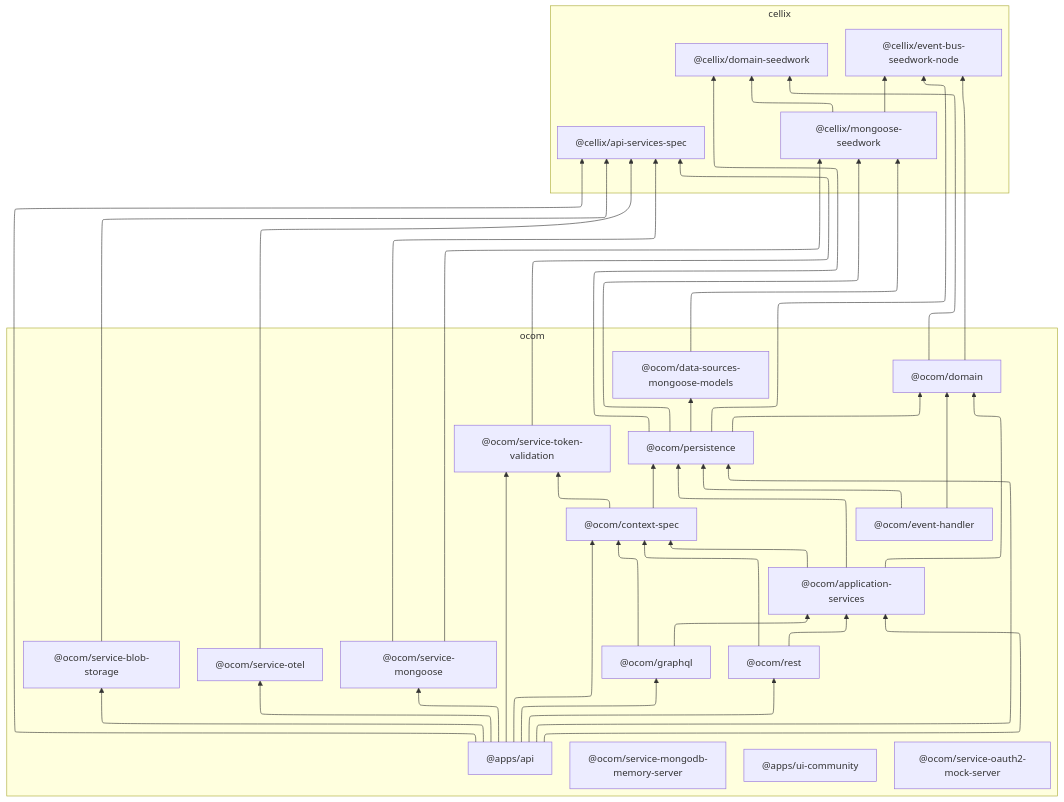
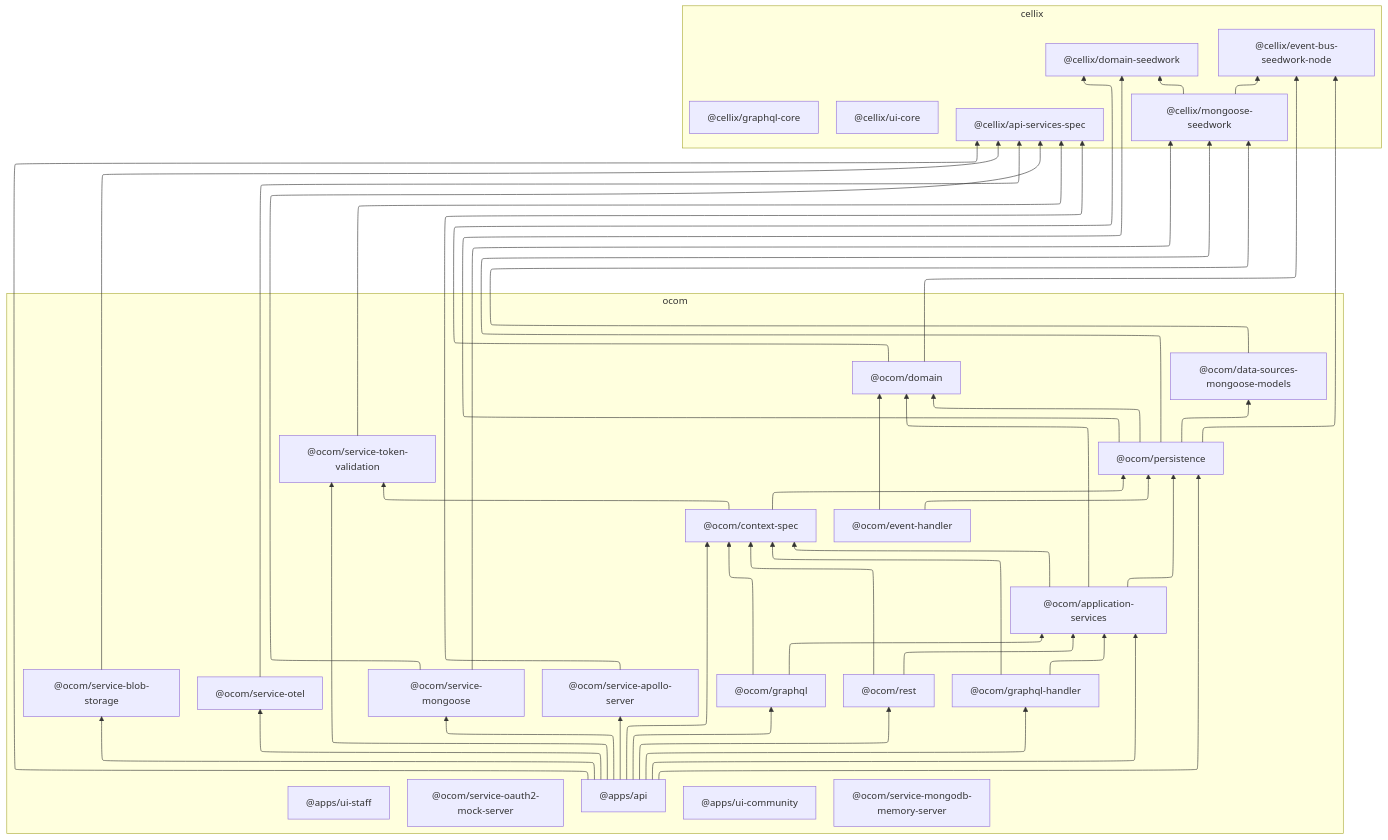
The diagram in readme.md (CellixJs/cellixjs), drawn with Mermaid before and after one commit. The commit also changed other lines of this file, not shown here.

Commit message:
docs(readme): update dependency graph to reflect current monorepo package structure (added graphql-handler, service-apollo-server, ui-staff, better notes)

````diff
--- a/readme.md
+++ b/readme.md
@@ -239,10 +241,11 @@
   %% Keep two top-level groups for clarity
   subgraph ocom
     direction TB
-    %% API and services
+    %% API and core adapters/services
     ocom_api["@apps/api"]
     ocom_api_graphql["@ocom/graphql"]
     ocom_api_rest["@ocom/rest"]
+    ocom_api_graphql_handler["@ocom/graphql-handler"]
     ocom_api_application_services["@ocom/application-services"]
     ocom_api_context_spec["@ocom/context-spec"]
     ocom_api_event_handler["@ocom/event-handler"]
@@ -250,16 +253,18 @@
     ocom_api_persistence["@ocom/persistence"]
     ocom_api_ds_mongoose_models["@ocom/data-sources-mongoose-models"]
 
-    %% Infra services (OCom)
+    %% Infra / cross-cutting services
     ocom_service_mongoose["@ocom/service-mongoose"]
     ocom_service_blob_storage["@ocom/service-blob-storage"]
     ocom_service_otel["@ocom/service-otel"]
     ocom_service_token_validation["@ocom/service-token-validation"]
+    ocom_service_apollo_server["@ocom/service-apollo-server"]
 
-    %% Local dev + UI
+    %% Local dev mocks + UIs
     ocom_service_oauth2_mock_server["@ocom/service-oauth2-mock-server"]
     ocom_service_mongodb_memory_server["@ocom/service-mongodb-memory-server"]
     ocom_ui_community["@apps/ui-community"]
+    ocom_ui_staff["@apps/ui-staff"]
   end
 
   subgraph cellix
@@ -268,14 +273,15 @@
     cellix_data_sources_mongoose["@cellix/mongoose-seedwork"]
     cellix_domain_seedwork["@cellix/domain-seedwork"]
     cellix_event_bus_seedwork_node["@cellix/event-bus-seedwork-node"]
+    cellix_graphql_core["@cellix/graphql-core"]
+    cellix_ui_core["@cellix/ui-core"]
   end
 
-  %% Dependencies (left -> right for cleaner routing)
-  %% Cellix base
+  %% Foundational dependencies (Cellix seedworks)
   cellix_data_sources_mongoose --> cellix_domain_seedwork
   cellix_data_sources_mongoose --> cellix_event_bus_seedwork_node
 
-  %% OCom -> Cellix
+  %% OCom depends on Cellix seedworks
   ocom_api_ds_mongoose_models --> cellix_data_sources_mongoose
   ocom_api_domain --> cellix_domain_seedwork
   ocom_api_domain --> cellix_event_bus_seedwork_node
@@ -287,8 +293,9 @@
   ocom_service_blob_storage --> cellix_api_services_spec
   ocom_service_otel --> cellix_api_services_spec
   ocom_service_token_validation --> cellix_api_services_spec
+  ocom_service_apollo_server --> cellix_api_services_spec
 
-  %% OCom internal
+  %% OCom internal (typical DDD/adapter flow)
   ocom_api_persistence --> ocom_api_domain
   ocom_api_persistence --> ocom_api_ds_mongoose_models
   ocom_api_context_spec --> ocom_api_persistence
@@ -302,21 +309,26 @@
   ocom_api_graphql --> ocom_api_context_spec
   ocom_api_rest --> ocom_api_application_services
   ocom_api_rest --> ocom_api_context_spec
+  ocom_api_graphql_handler --> ocom_api_application_services
+  ocom_api_graphql_handler --> ocom_api_context_spec
 
-  %% Composition
+  %% App composition (what @apps/api wires together)
   ocom_api --> cellix_api_services_spec
   ocom_api --> ocom_api_context_spec
   ocom_api --> ocom_api_application_services
   ocom_api --> ocom_api_graphql
+  ocom_api --> ocom_api_rest
+  ocom_api --> ocom_api_graphql_handler
   ocom_api --> ocom_api_persistence
-  ocom_api --> ocom_api_rest
   ocom_api --> ocom_service_blob_storage
   ocom_api --> ocom_service_mongoose
   ocom_api --> ocom_service_otel
   ocom_api --> ocom_service_token_validation
+  ocom_api --> ocom_service_apollo_server
 
-  %% Keep these as standalone to avoid clutter
+  %% Standalone / local-dev (no arrows to keep diagram clean)
   ocom_service_oauth2_mock_server
   ocom_service_mongodb_memory_server
   ocom_ui_community
+  ocom_ui_staff
 ```
````
